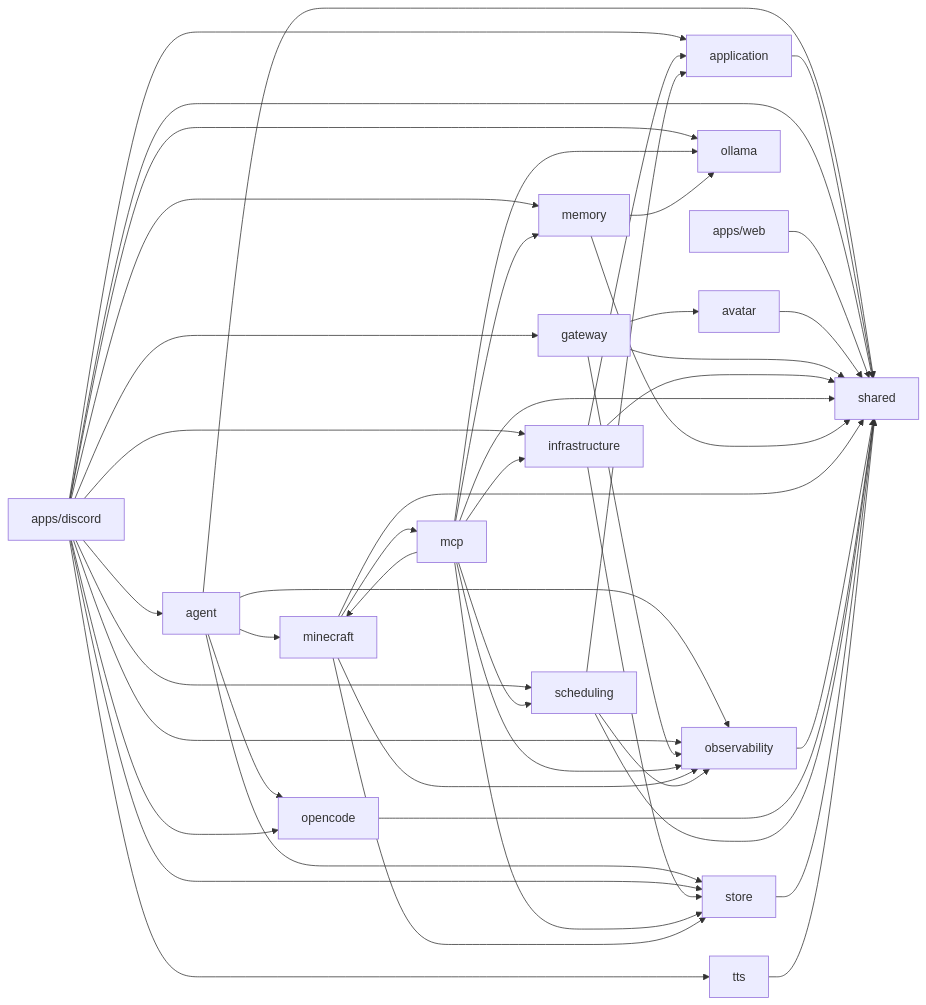
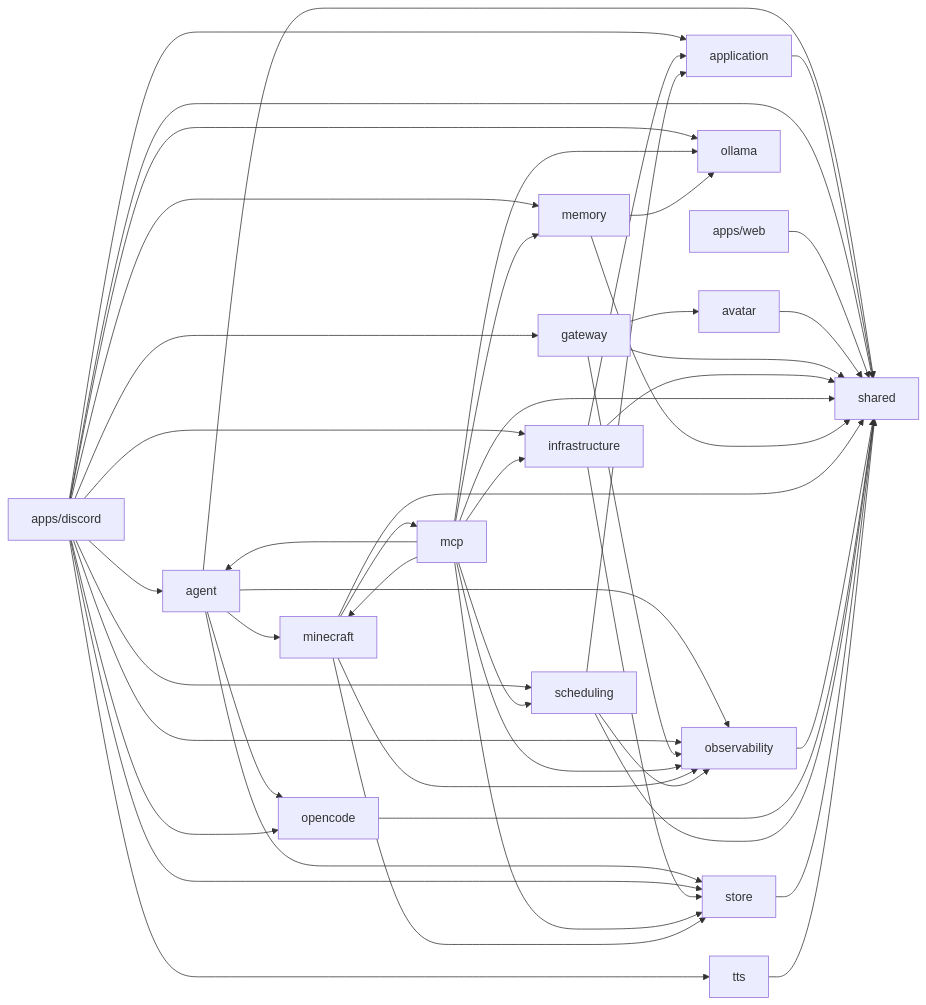
One commit to OJII3/vicissitude changed the diagram in docs/DEPS.md. Above: the diagram before and after it, drawn with Mermaid. The commit also changed other lines of this file and 16 other files, not shown here.

````diff
--- a/docs/DEPS.md
+++ b/docs/DEPS.md
@@ -7,52 +7,53 @@
 ```mermaid
 graph LR
   agent --> minecraft
   agent --> observability
   agent --> opencode
   agent --> shared
   agent --> store
   application --> shared
   apps_discord["apps/discord"] --> agent
   apps_discord["apps/discord"] --> application
   apps_discord["apps/discord"] --> gateway
   apps_discord["apps/discord"] --> infrastructure
   apps_discord["apps/discord"] --> memory
   apps_discord["apps/discord"] --> observability
   apps_discord["apps/discord"] --> ollama
   apps_discord["apps/discord"] --> opencode
   apps_discord["apps/discord"] --> scheduling
   apps_discord["apps/discord"] --> shared
   apps_discord["apps/discord"] --> store
   apps_discord["apps/discord"] --> tts
   apps_web["apps/web"] --> shared
   avatar --> shared
   gateway --> avatar
   gateway --> observability
   gateway --> shared
   infrastructure --> application
   infrastructure --> shared
   infrastructure --> store
+  mcp --> agent
   mcp --> infrastructure
   mcp --> memory
   mcp --> minecraft
   mcp --> observability
   mcp --> ollama
   mcp --> scheduling
   mcp --> shared
   mcp --> store
   memory --> ollama
   memory --> shared
   minecraft --> mcp
   minecraft --> observability
   minecraft --> shared
   minecraft --> store
   observability --> shared
   ollama
   opencode --> shared
   scheduling --> application
   scheduling --> observability
   scheduling --> shared
   shared
   store --> shared
   tts --> shared
 ```
````
